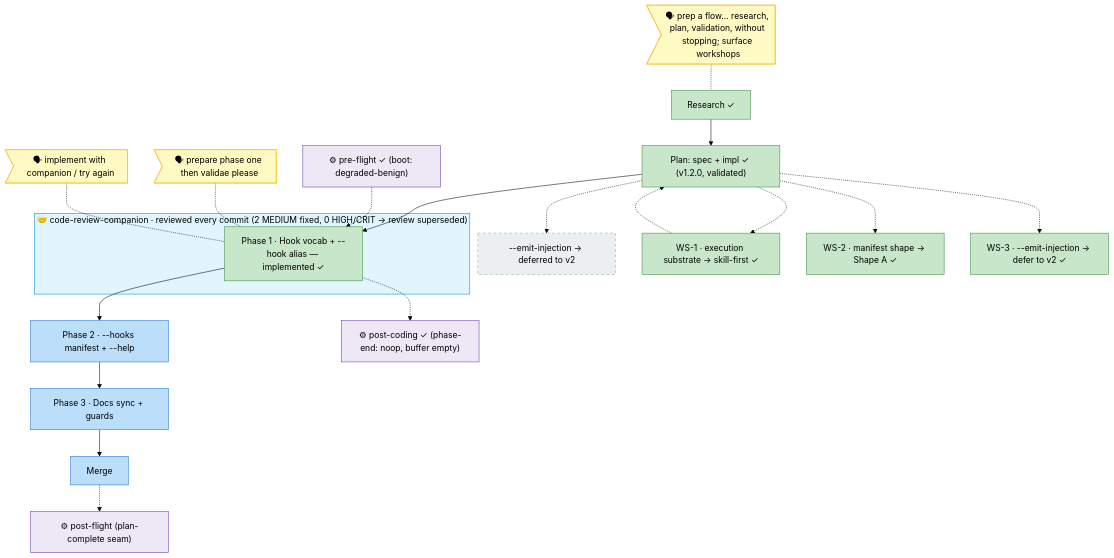
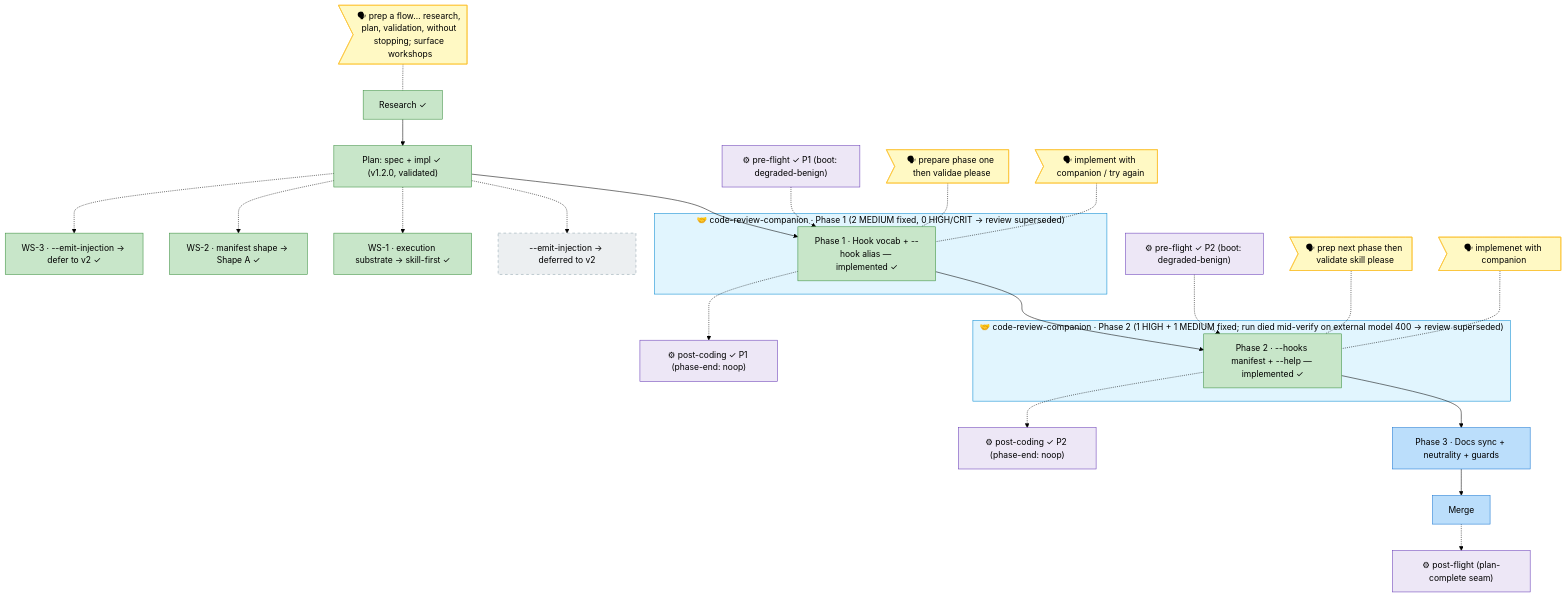
One commit to AI-Substrate/harness-engineering changed the diagram in docs/plans/021-harness-flow-hooks/the-flow.md. Above: the diagram before and after it, drawn with Mermaid (forest theme). The commit also changed other lines of this file and 3 other files, not shown here.

First line of the commit message:
docs(021): flight-plan state — Phase 2 implemented (companion-reviewed, review superseded)

````diff
--- a/docs/plans/021-harness-flow-hooks/the-flow.md
+++ b/docs/plans/021-harness-flow-hooks/the-flow.md
@@ -5,50 +5,61 @@
 ```mermaid
 flowchart TD
     classDef done fill:#C8E6C9,stroke:#388E3C,color:#000
     classDef wip fill:#FFE0B2,stroke:#F57C00,color:#000
     classDef blocked fill:#FFCDD2,stroke:#D32F2F,color:#000
     classDef known fill:#BBDEFB,stroke:#1976D2,color:#000
     classDef assumed fill:#ECEFF1,stroke:#90A4AE,color:#000,stroke-dasharray:5 5
     classDef said fill:#FFF9C4,stroke:#FBC02D,color:#000
     classDef harness fill:#EDE7F6,stroke:#673AB7,color:#000
     classDef companion fill:#E1F5FE,stroke:#0288D1,color:#000
 
     research["Research ✓"]:::done
     plan["Plan: spec + impl ✓ (v1.2.0, validated)"]:::done
     p1["Phase 1 · Hook vocab + --hook alias — implemented ✓"]:::done
-    p2["Phase 2 · --hooks manifest + --help"]:::known
-    p3["Phase 3 · Docs sync + guards"]:::known
+    p2["Phase 2 · --hooks manifest + --help — implemented ✓"]:::done
+    p3["Phase 3 · Docs sync + neutrality + guards"]:::known
     pv2["--emit-injection → deferred to v2"]:::assumed
     merge["Merge"]:::known
 
     research --> plan
     plan --> p1 --> p2 --> p3 --> merge
     plan -.-> pv2
 
-    subgraph crc["🤝 code-review-companion · reviewed every commit (2 MEDIUM fixed, 0 HIGH/CRIT → review superseded)"]
+    subgraph crc["🤝 code-review-companion · Phase 1 (2 MEDIUM fixed, 0 HIGH/CRIT → review superseded)"]
         p1
     end
+    subgraph crc2["🤝 code-review-companion · Phase 2 (1 HIGH + 1 MEDIUM fixed; run died mid-verify on external model 400 → review superseded)"]
+        p2
+    end
     class crc companion
+    class crc2 companion
 
     ws1["WS-1 · execution substrate → skill-first ✓"]:::done
     ws2["WS-2 · manifest shape → Shape A ✓"]:::done
     ws3["WS-3 · --emit-injection → defer to v2 ✓"]:::done
     plan -.-> ws1
     plan -.-> ws2
     plan -.-> ws3
-    ws1 -.-> plan
 
-    hb["⚙ pre-flight ✓ (boot: degraded-benign)"]:::harness
-    he1["⚙ post-coding ✓ (phase-end: noop, buffer empty)"]:::harness
+    hb["⚙ pre-flight ✓ P1 (boot: degraded-benign)"]:::harness
+    he1["⚙ post-coding ✓ P1 (phase-end: noop)"]:::harness
+    hb2["⚙ pre-flight ✓ P2 (boot: degraded-benign)"]:::harness
+    he2["⚙ post-coding ✓ P2 (phase-end: noop)"]:::harness
     hh["⚙ post-flight (plan-complete seam)"]:::harness
     hb -.-> p1
     p1 -.-> he1
+    hb2 -.-> p2
+    p2 -.-> he2
     merge -.-> hh
 
     said1>"🗣 prep a flow… research, plan, validation, without stopping; surface workshops"]:::said
     said1 -.- research
     said2>"🗣 prepare phase one then validae please"]:::said
     said2 -.- p1
     said3>"🗣 implement with companion / try again"]:::said
     said3 -.- p1
+    said4>"🗣 prep next phase then validate skill please"]:::said
+    said4 -.- p2
+    said5>"🗣 implemenet with companion"]:::said
+    said5 -.- p2
 ```
````
